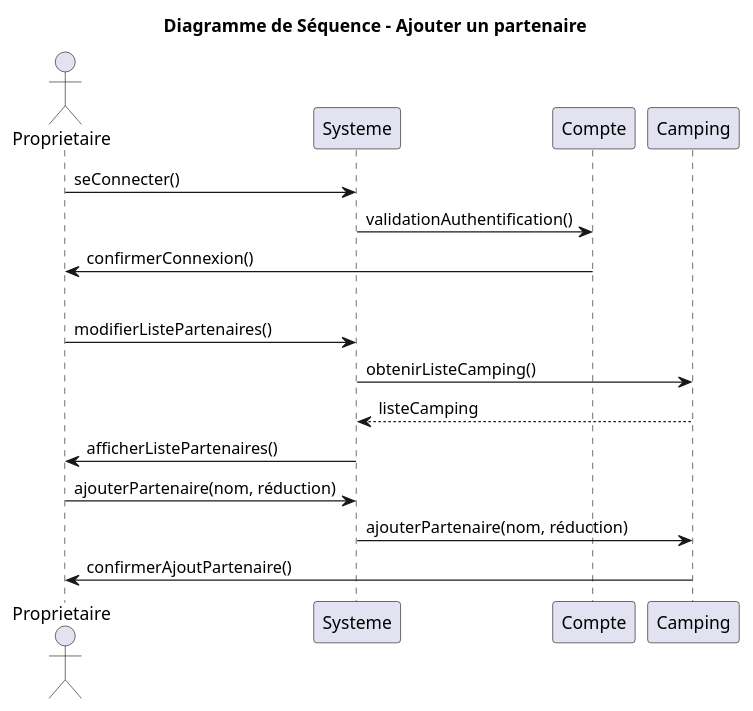
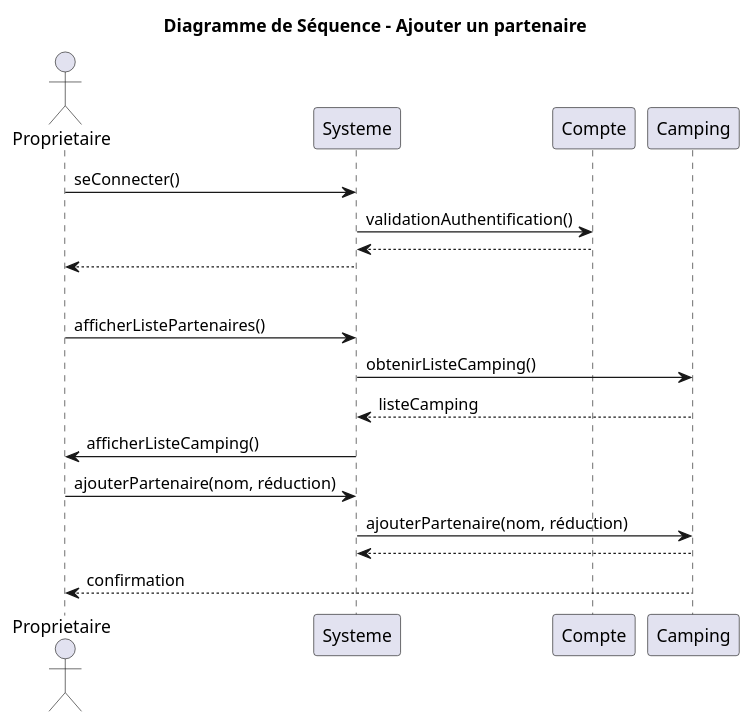
The diagram in UML/Diagramme_séquence_ajouter_partenaire.puml (Egario54/ProjetClubNautique), drawn with PlantUML before and after one commit. The commit also changed 31 other files, not shown here.

Commit message:
standardisation des retours dans les diagrammes

```diff
--- a/UML/Diagramme_séquence_ajouter_partenaire.puml
+++ b/UML/Diagramme_séquence_ajouter_partenaire.puml
@@ -1,25 +1,27 @@
 @startuml
 title Diagramme de Séquence - Ajouter un partenaire
 actor Proprietaire
 participant Systeme
 participant Compte
 participant Camping
 
 'Connexion à un compte'
 Proprietaire -> Systeme: seConnecter()
 Systeme -> Compte: validationAuthentification()
-Compte -> Proprietaire: confirmerConnexion()
+return
+Systeme --> Proprietaire
 
 'Séparation'
 |||
 
 'Ajouter un partenaire'
-Proprietaire -> Systeme: modifierListePartenaires()
+Proprietaire -> Systeme: afficherListePartenaires()
 Systeme -> Camping: obtenirListeCamping()
 Camping --> Systeme: listeCamping
-Systeme -> Proprietaire: afficherListePartenaires()
+Systeme -> Proprietaire: afficherListeCamping()
 
 Proprietaire -> Systeme: ajouterPartenaire(nom, réduction)
 Systeme -> Camping: ajouterPartenaire(nom, réduction)
-Camping -> Proprietaire: confirmerAjoutPartenaire()
+return
+Camping --> Proprietaire: confirmation
 @enduml
```
